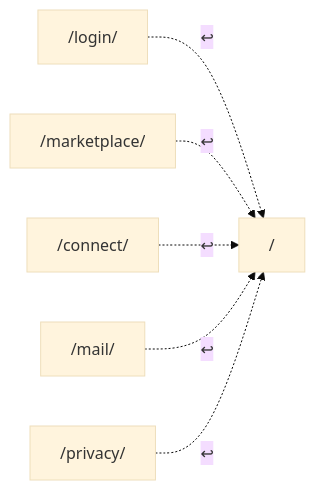
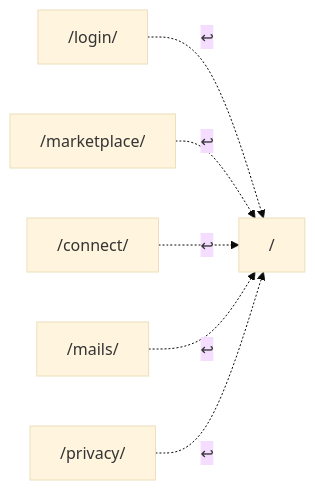
Before and after one commit to Andrish97/familiada: the fifth of 9 diagrams in docs/nawigacja-mapa-plan.md, drawn with Mermaid (base theme). The commit also changed other lines of this file and 2 other files, not shown here.

````diff
--- a/docs/nawigacja-mapa-plan.md
+++ b/docs/nawigacja-mapa-plan.md
@@ -601,14 +601,14 @@
 ```mermaid
 flowchart LR
   home["/"]
   login["/login/"]
   marketplace["/marketplace/"]
   connectDevice["/connect/"]
-  mailCenter["/mail/"]
+  mailCenter["/mails/"]
   privacy["/privacy/"]
   login -.->|↩| home
   marketplace -.->|↩| home
   connectDevice -.->|↩| home
   mailCenter -.->|↩| home
   privacy -.->|↩| home
 ```
````
